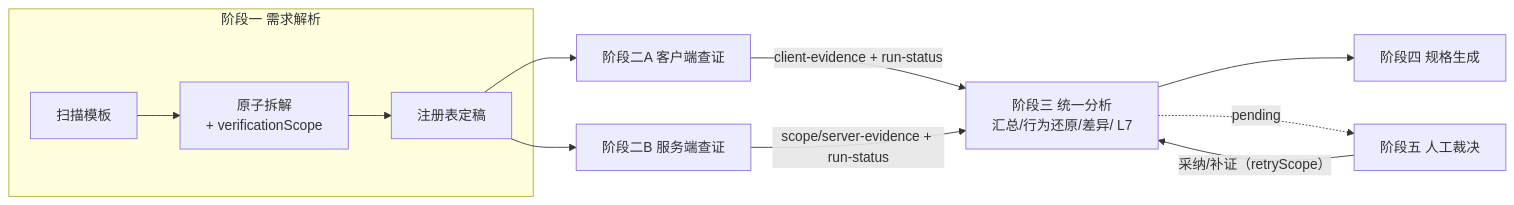
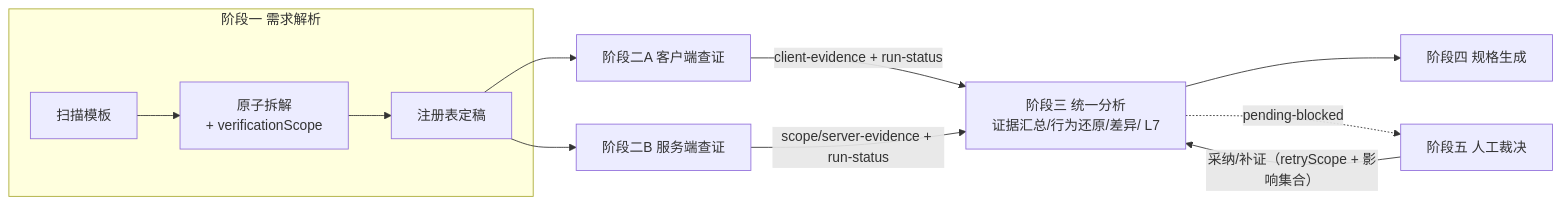
Before and after one commit to mickorz/PrdGameSkill: the diagram in dev-docs/planning/2026-11-17-game-requirement-audit-执行文档.md, drawn with Mermaid. The commit also changed other lines of this file, not shown here.

Commit message:
docs: 执行文档头部 v3 评审修订二——P0x4（冲突快速路径绕过 pending 屏障/SVE 收敛纯服务端+废弃 3C 客户端补证链路/client verified 六项前置条件/Source Manifest 确定性采集）+ P1x2（证据失效 hash 优先/共享证据影响集合重算）+ Gold Set 五场景

````diff
--- a/dev-docs/planning/2026-11-17-game-requirement-audit-执行文档.md
+++ b/dev-docs/planning/2026-11-17-game-requirement-audit-执行文档.md
@@ -37,12 +38,12 @@
 ```mermaid
 flowchart LR
     subgraph P1[阶段一 需求解析]
       S1[扫描模板] --> S2[原子拆解<br/>+ verificationScope] --> S3[注册表定稿]
     end
     S3 --> CA[阶段二A 客户端查证] & CB[阶段二B 服务端查证]
-    CA -- client-evidence + run-status --> S6[阶段三 统一分析<br/>汇总/行为还原/差异/ L7]
+    CA -- client-evidence + run-status --> S6[阶段三 统一分析<br/>证据汇总/行为还原/差异/ L7]
     CB -- scope/server-evidence + run-status --> S6
     S6 --> S10[阶段四 规格生成]
-    S6 -. pending .-> S11[阶段五 人工裁决]
-    S11 -- 采纳/补证（retryScope） --> S6
+    S6 -. pending-blocked .-> S11[阶段五 人工裁决]
+    S11 -- 采纳/补证（retryScope + 影响集合） --> S6
 ```
````
